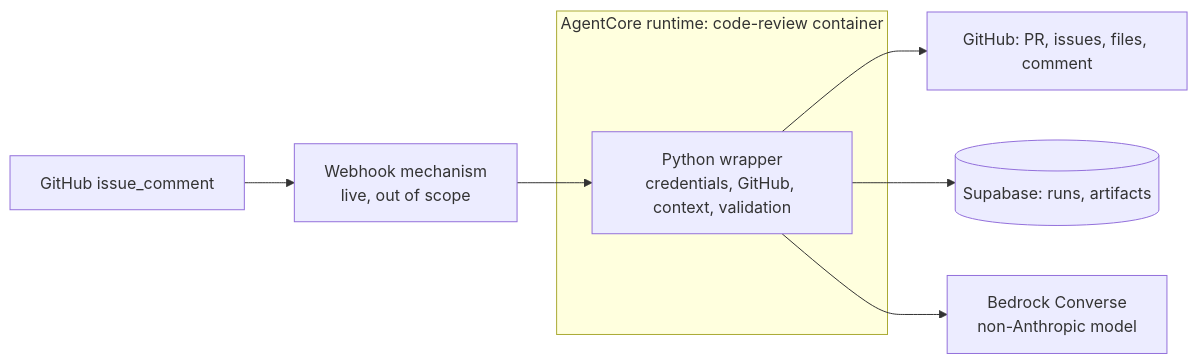
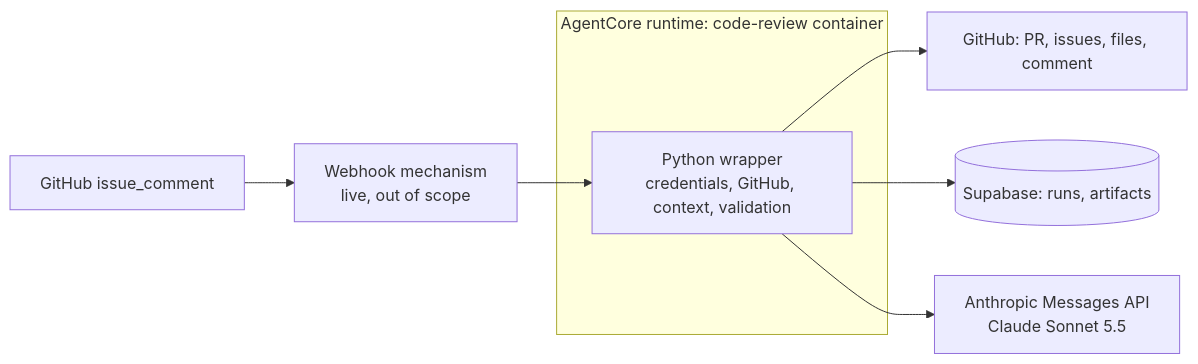
The second of 2 diagrams in docs/requirements/prd-code-review-agent.md (llipe/dev-tasks-agent-fleet), drawn with Mermaid before and after one commit. The commit also changed other lines of this file and 9 other files, not shown here.

First line of the commit message:
docs(code-review): v1.7 Anthropic model — PRD, spec, stories, test plan (#480 #481 #482)

````diff
--- a/docs/requirements/prd-code-review-agent.md
+++ b/docs/requirements/prd-code-review-agent.md
@@ -195,11 +196,11 @@
 ```mermaid
 flowchart LR
     GH1[GitHub issue_comment] --> WH[Webhook mechanism<br/>live, out of scope]
     WH --> W
     subgraph R[AgentCore runtime: code-review container]
         W[Python wrapper<br/>credentials, GitHub, context, validation]
     end
     W --> GH[GitHub: PR, issues, files, comment]
     W --> DB[(Supabase: runs, artifacts)]
-    W --> BR[Bedrock Converse<br/>non-Anthropic model]
+    W --> BR[Anthropic Messages API<br/>Claude Sonnet 5.5]
 ```
````
